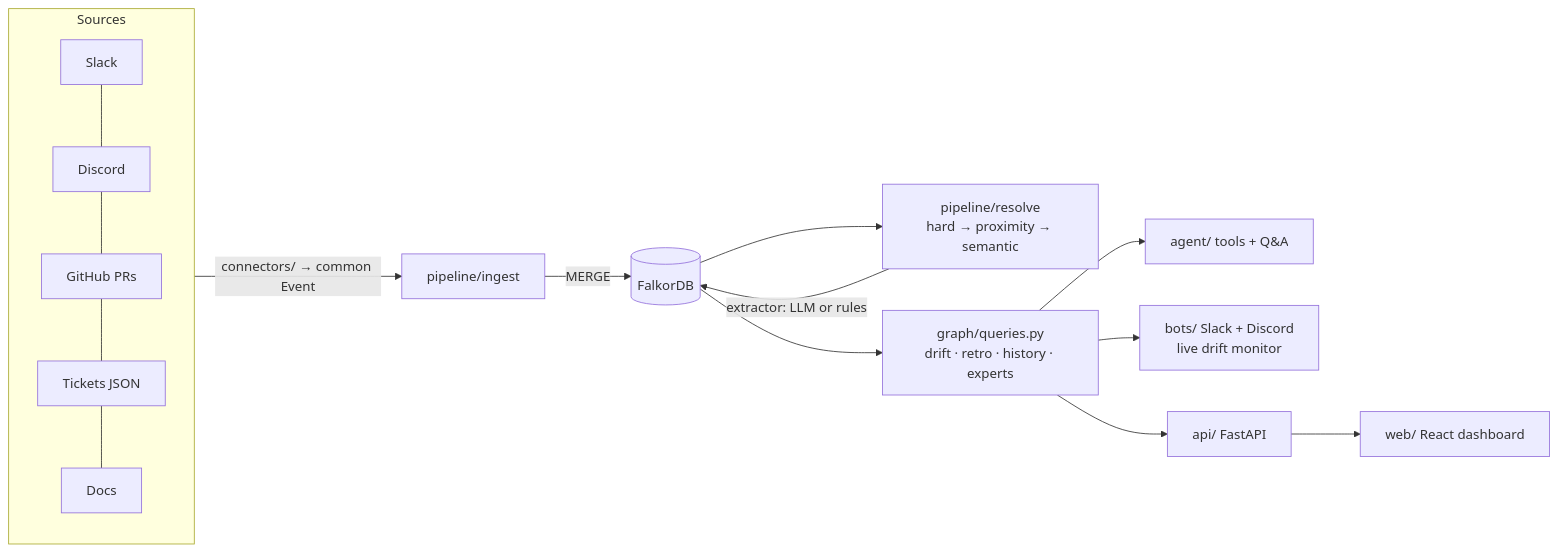
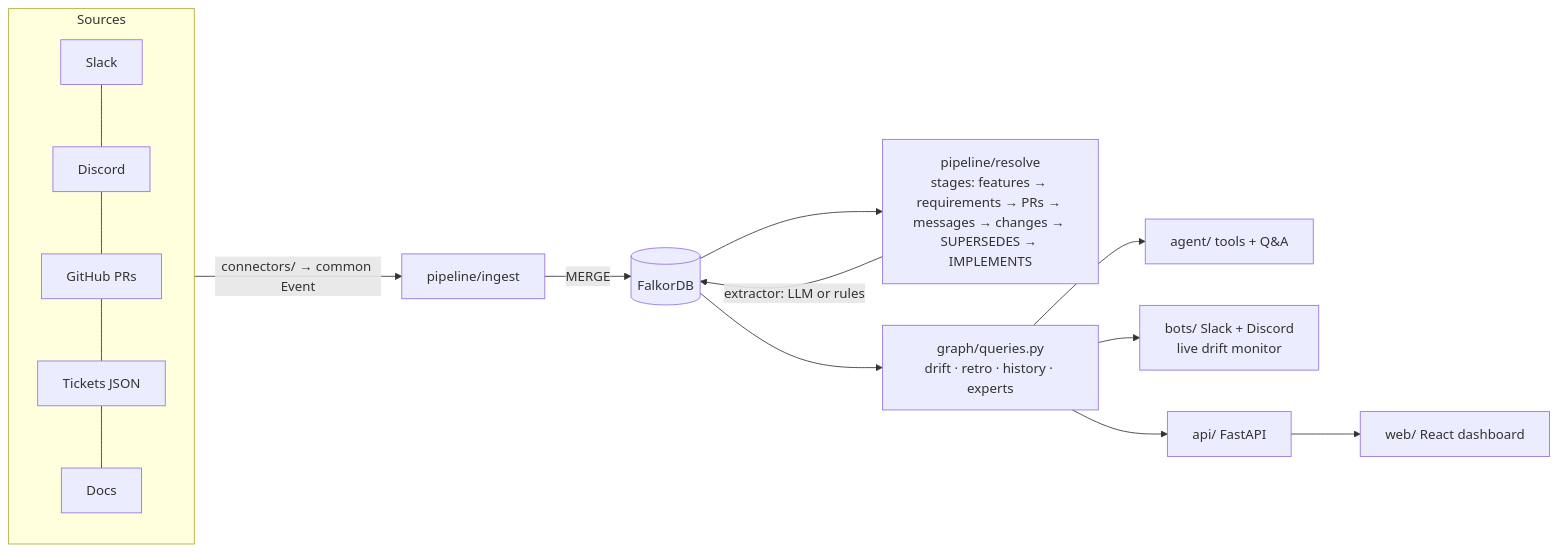
One commit to ayushagarwalhere/company_brain changed the first of 2 diagrams in README.md. Above: the diagram before and after it, drawn with Mermaid. The commit also changed other lines of this file and 421 other files, not shown here.

````diff
--- a/README.md
+++ b/README.md
@@ -208,14 +264,14 @@
 ```mermaid
 flowchart LR
   subgraph Sources
     S[Slack] --- D[Discord] --- G[GitHub PRs] --- T[Tickets JSON] --- O[Docs]
   end
   Sources -->|connectors/ → common Event| I[pipeline/ingest]
   I -->|MERGE| F[(FalkorDB)]
-  F --> R[pipeline/resolve<br/>hard → proximity → semantic]
+  F --> R[pipeline/resolve<br/>stages: features → requirements → PRs → messages → changes → SUPERSEDES → IMPLEMENTS]
   R -->|extractor: LLM or rules| F
   F --> Q[graph/queries.py<br/>drift · retro · history · experts]
   Q --> A[agent/ tools + Q&A]
   Q --> B[bots/ Slack + Discord<br/>live drift monitor]
   Q --> API[api/ FastAPI] --> UI[web/ React dashboard]
 ```
````
